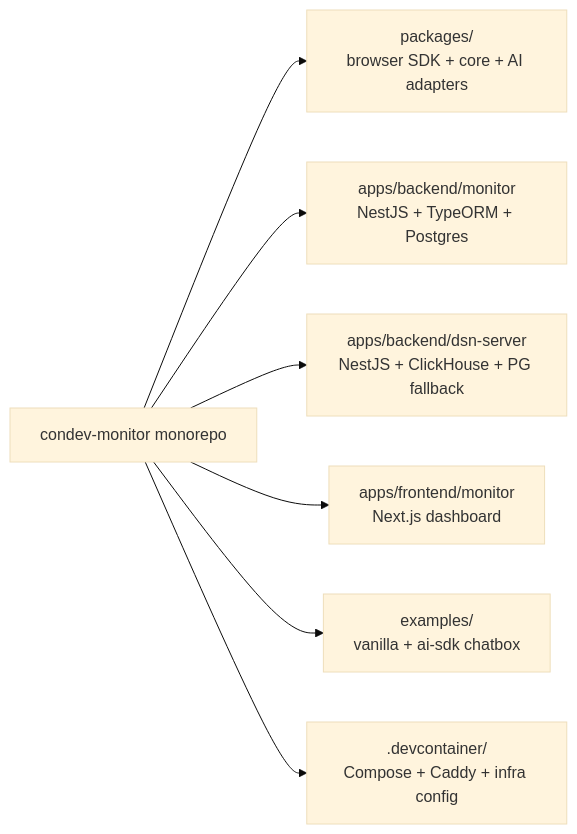
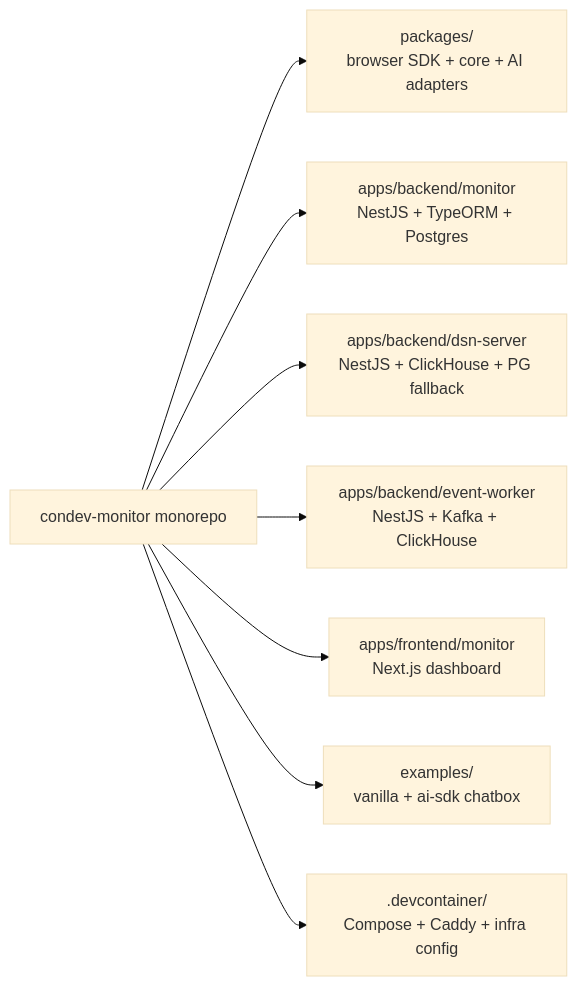
Before and after one commit to Lemonadeccc/condev-monitor: the first of 3 diagrams in README.md, drawn with Mermaid (base theme). The commit also changed other lines of this file and 5 other files, not shown here.

````diff
--- a/README.md
+++ b/README.md
@@ -66,10 +74,11 @@
 ```mermaid
 graph LR
     ROOT[condev-monitor monorepo]
     ROOT --> SDK[packages/<br/>browser SDK + core + AI adapters]
     ROOT --> BE1[apps/backend/monitor<br/>NestJS + TypeORM + Postgres]
     ROOT --> BE2[apps/backend/dsn-server<br/>NestJS + ClickHouse + PG fallback]
+    ROOT --> BE3[apps/backend/event-worker<br/>NestJS + Kafka + ClickHouse]
     ROOT --> FE[apps/frontend/monitor<br/>Next.js dashboard]
     ROOT --> EX[examples/<br/>vanilla + ai-sdk chatbox]
     ROOT --> OPS[.devcontainer/<br/>Compose + Caddy + infra config]
 ```
````
